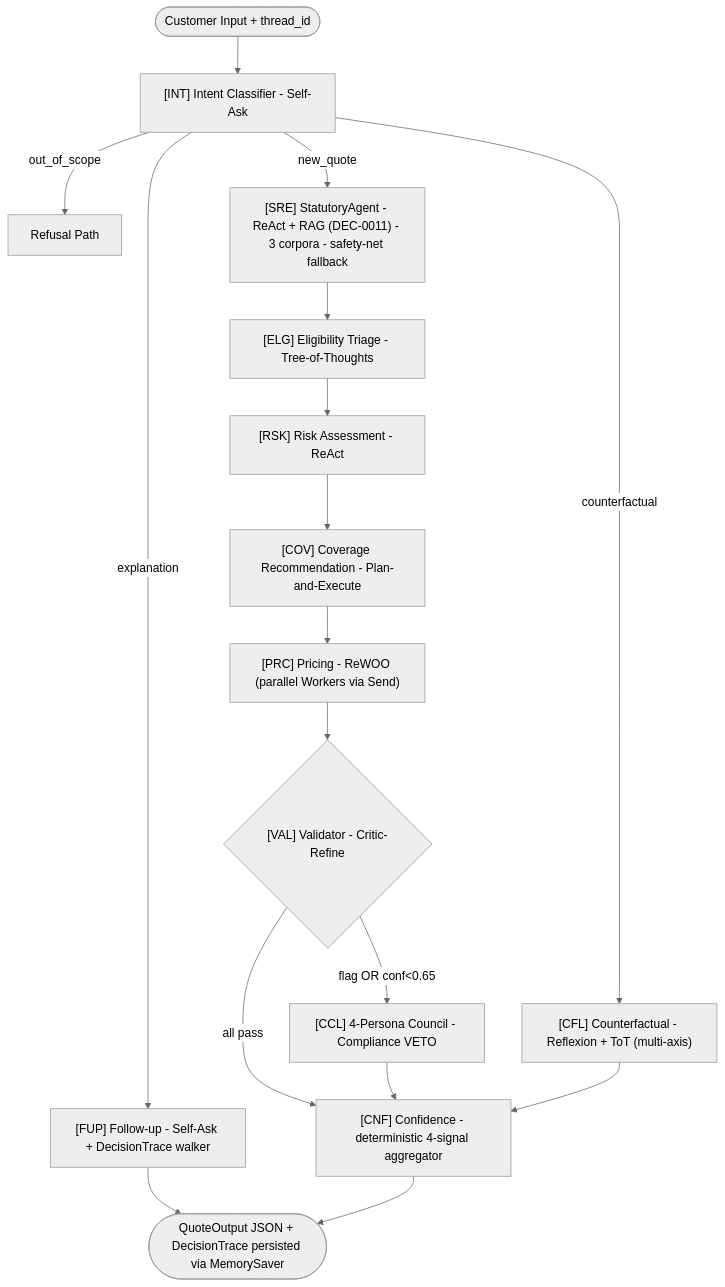
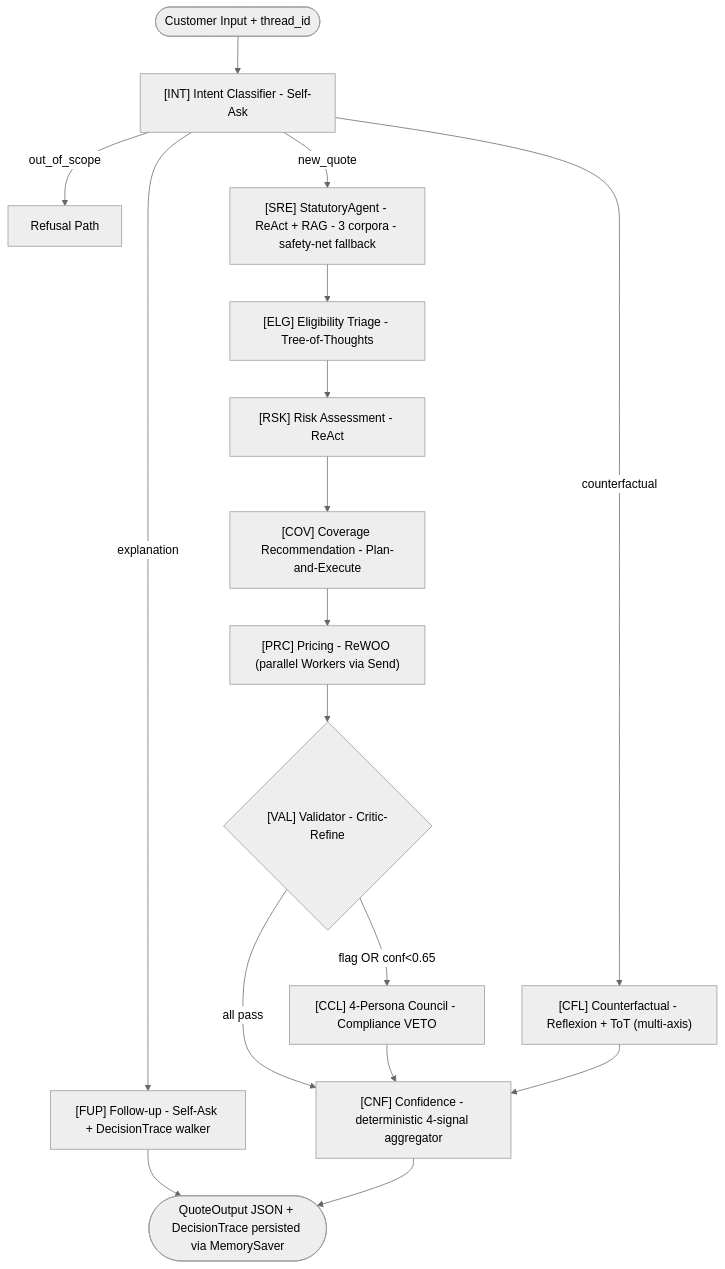
The first of 3 diagrams in README.md (zubairashfaque/Quote-Advisor), drawn with Mermaid (neutral theme) before and after one commit. The commit also changed other lines of this file and 14 other files, not shown here.

````diff
--- a/README.md
+++ b/README.md
@@ -9,22 +9,22 @@
 ```mermaid
 graph TB
   Start([Customer Input + thread_id]) --> Intent
   Intent["[INT] Intent Classifier - Self-Ask"]
   Intent -->|out_of_scope| Refuse[Refusal Path]
   Intent -->|new_quote| SRE
   Intent -->|explanation| FU
   Intent -->|counterfactual| CF
-  SRE["[SRE] StatutoryAgent - ReAct + RAG (DEC-0011) - 3 corpora - safety-net fallback"] --> Elig
+  SRE["[SRE] StatutoryAgent - ReAct + RAG - 3 corpora - safety-net fallback"] --> Elig
   Elig["[ELG] Eligibility Triage - Tree-of-Thoughts"] --> Risk
   Risk["[RSK] Risk Assessment - ReAct"] --> Cov
   Cov["[COV] Coverage Recommendation - Plan-and-Execute"] --> Price
   Price["[PRC] Pricing - ReWOO (parallel Workers via Send)"] --> Val
   Val{"[VAL] Validator - Critic-Refine"}
   Val -->|all pass| Conf
   Val -->|flag OR conf<0.65| Council
   Council["[CCL] 4-Persona Council - Compliance VETO"] --> Conf
   CF["[CFL] Counterfactual - Reflexion + ToT (multi-axis)"] --> Conf
   FU["[FUP] Follow-up - Self-Ask + DecisionTrace walker"] --> Out
   Conf["[CNF] Confidence - deterministic 4-signal aggregator"] --> Out
   Out([QuoteOutput JSON + DecisionTrace persisted via MemorySaver])
 ```
````
